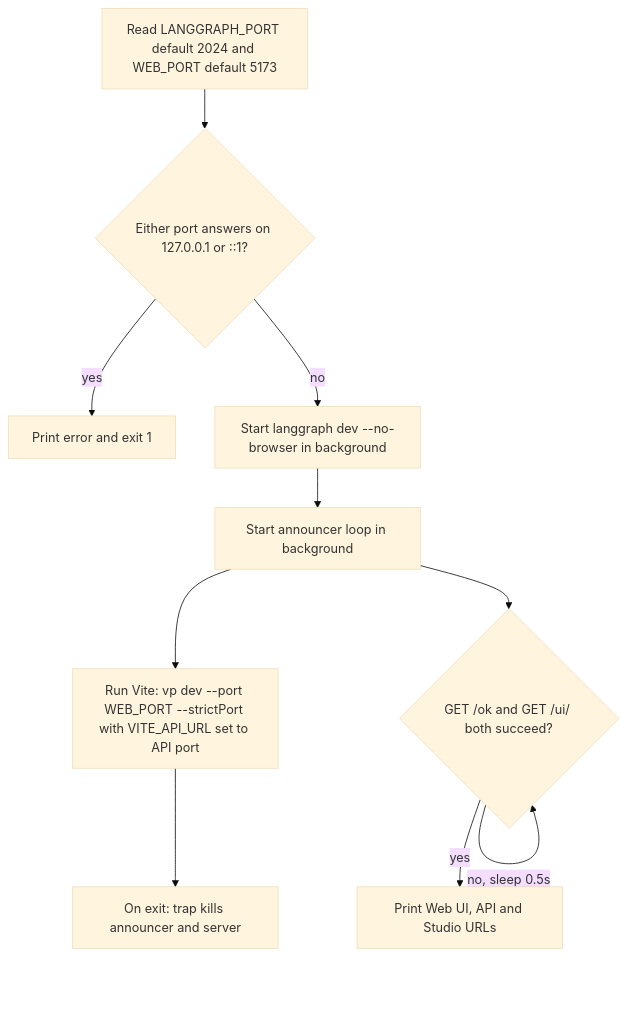
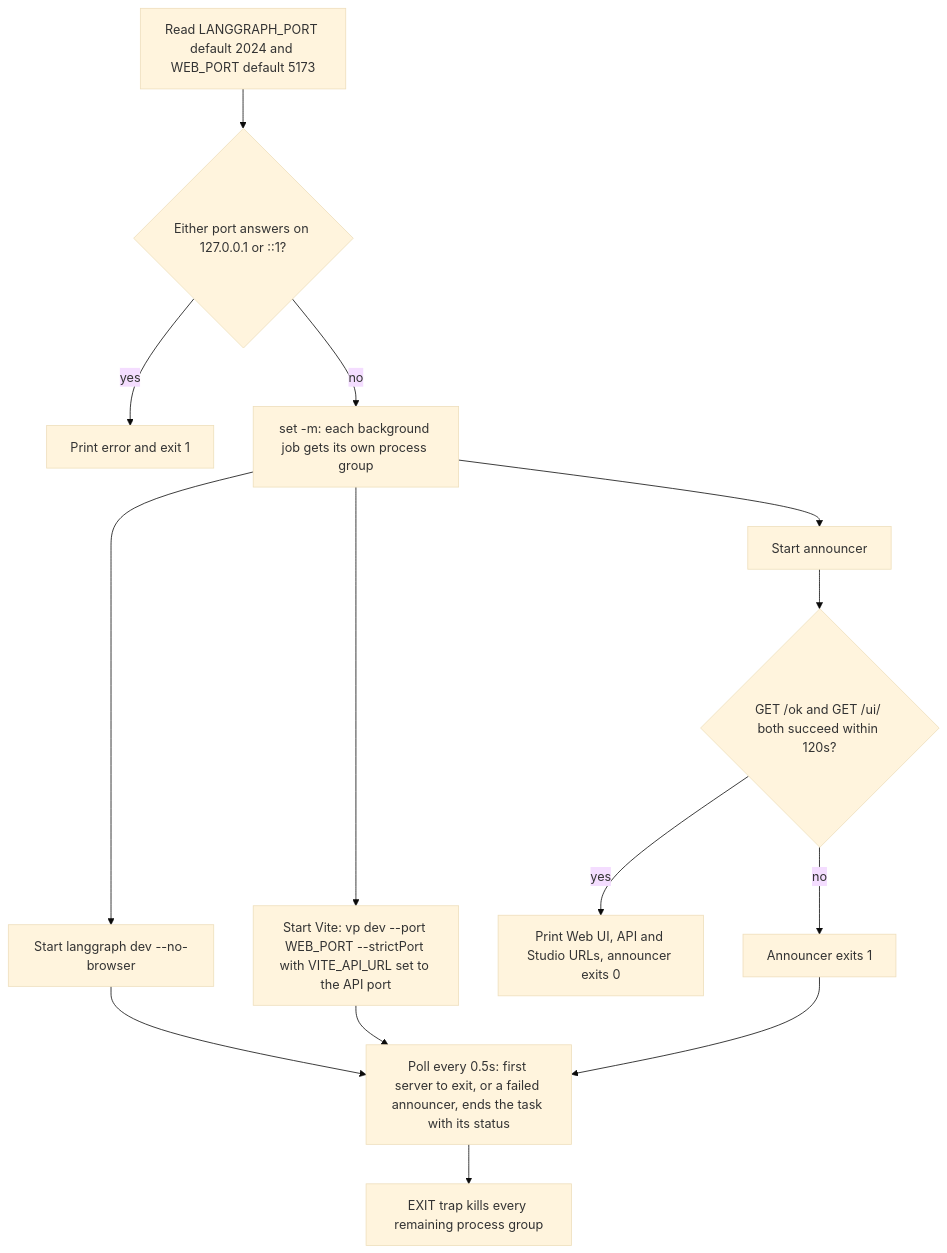
The diagram in openwiki/operations/local-development.md (darieldatoon/langchain-chess), drawn with Mermaid (base theme) before and after one commit. The commit also changed other lines of this file and 48 other files, not shown here.

````diff
--- a/openwiki/operations/local-development.md
+++ b/openwiki/operations/local-development.md
@@ -78,12 +100,16 @@
 ```mermaid
 flowchart TD
   A["Read LANGGRAPH_PORT default 2024 and WEB_PORT default 5173"] --> B{"Either port answers on 127.0.0.1 or ::1?"}
   B -- yes --> C["Print error and exit 1"]
-  B -- no --> D["Start langgraph dev --no-browser in background"]
-  D --> E["Start announcer loop in background"]
-  E --> F["Run Vite: vp dev --port WEB_PORT --strictPort with VITE_API_URL set to API port"]
-  E --> G{"GET /ok and GET /ui/ both succeed?"}
-  G -- no, sleep 0.5s --> G
-  G -- yes --> H["Print Web UI, API and Studio URLs"]
-  F --> I["On exit: trap kills announcer and server"]
+  B -- no --> D["set -m: each background job gets its own process group"]
+  D --> E["Start langgraph dev --no-browser"]
+  D --> F["Start Vite: vp dev --port WEB_PORT --strictPort with VITE_API_URL set to the API port"]
+  D --> G["Start announcer"]
+  G --> H{"GET /ok and GET /ui/ both succeed within 120s?"}
+  H -- yes --> I["Print Web UI, API and Studio URLs, announcer exits 0"]
+  H -- no --> J["Announcer exits 1"]
+  E --> K["Poll every 0.5s: first server to exit, or a failed announcer, ends the task with its status"]
+  F --> K
+  J --> K
+  K --> L["EXIT trap kills every remaining process group"]
 ```
````
